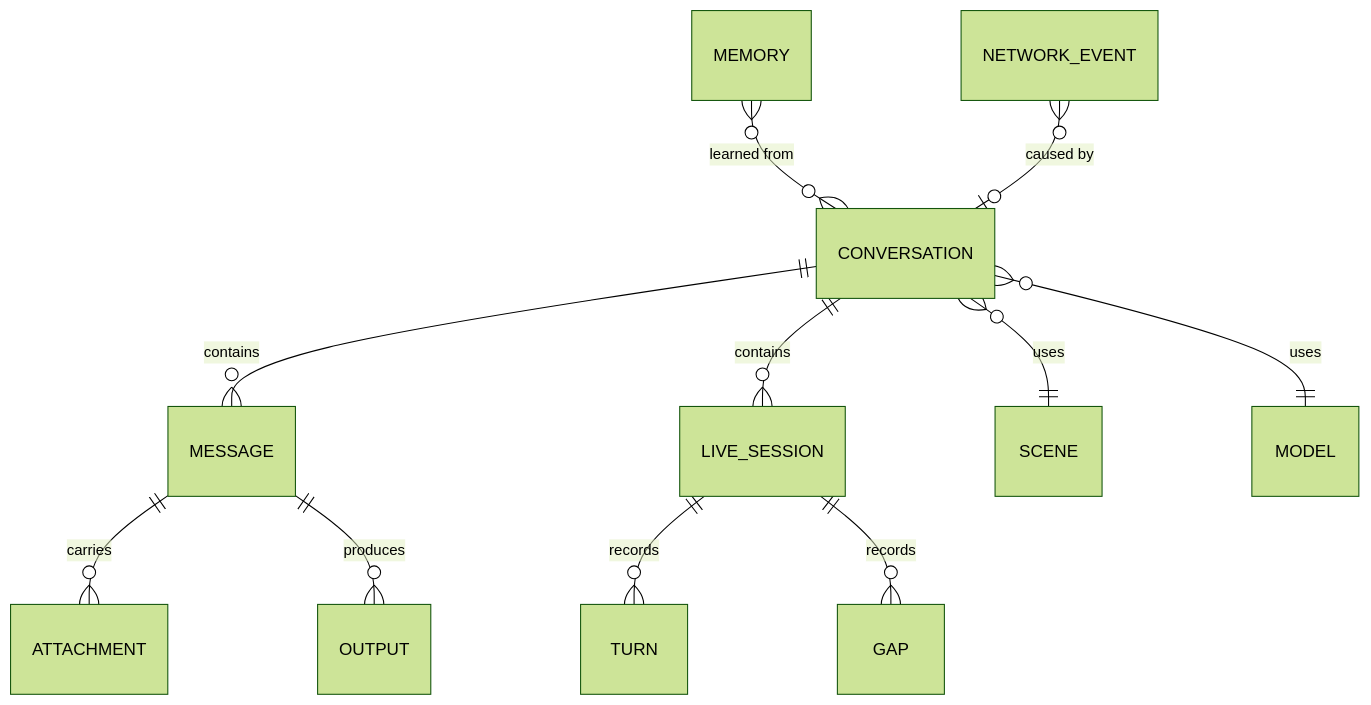
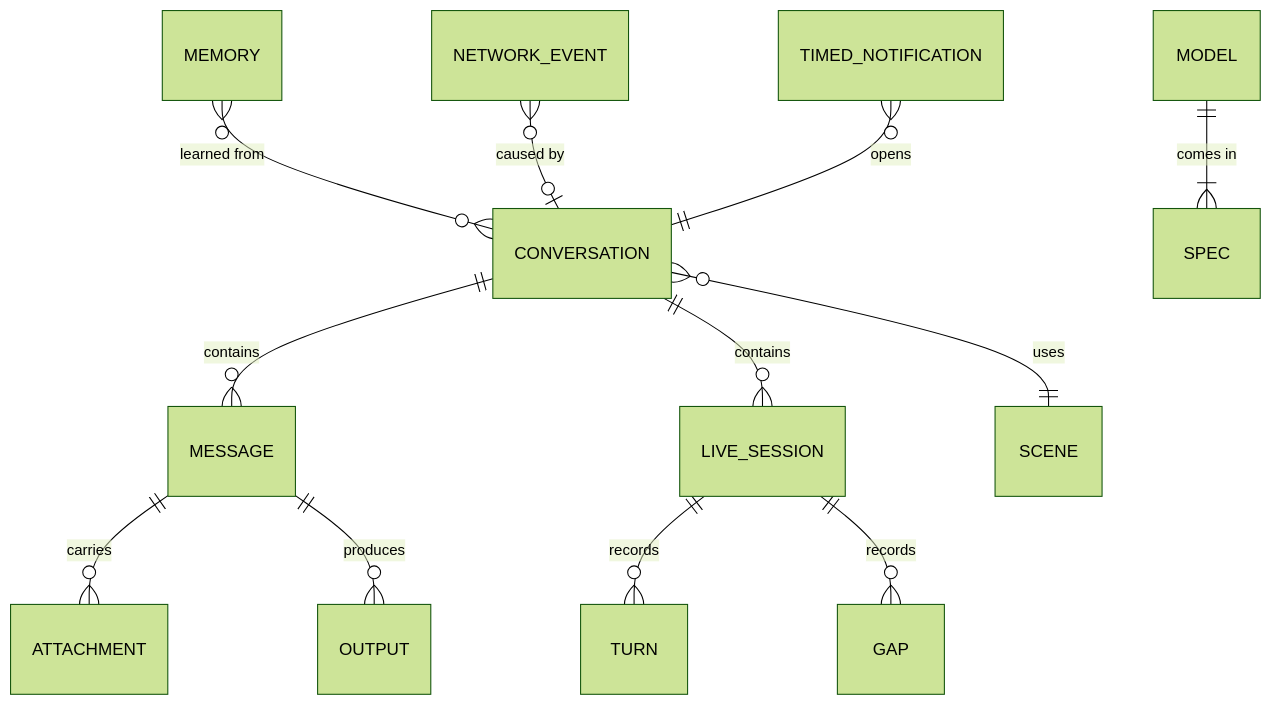
The first of 3 diagrams in docs/03-structure.md (IceblueSakura/minicpm-design), drawn with Mermaid (forest theme) before and after one commit. The commit also changed other lines of this file and 11 other files, not shown here.

````diff
--- a/docs/03-structure.md
+++ b/docs/03-structure.md
@@ -7,13 +7,14 @@
 ```mermaid
 erDiagram
   CONVERSATION ||--o{ MESSAGE : contains
   CONVERSATION ||--o{ LIVE_SESSION : contains
   CONVERSATION }o--|| SCENE : uses
-  CONVERSATION }o--|| MODEL : uses
   MESSAGE ||--o{ ATTACHMENT : carries
   MESSAGE ||--o{ OUTPUT : produces
   LIVE_SESSION ||--o{ TURN : records
   LIVE_SESSION ||--o{ GAP : records
   MEMORY }o--o{ CONVERSATION : "learned from"
   NETWORK_EVENT }o--o| CONVERSATION : "caused by"
+  TIMED_NOTIFICATION }o--|| CONVERSATION : "opens"
+  MODEL ||--|{ SPEC : "comes in"
 ```
````
